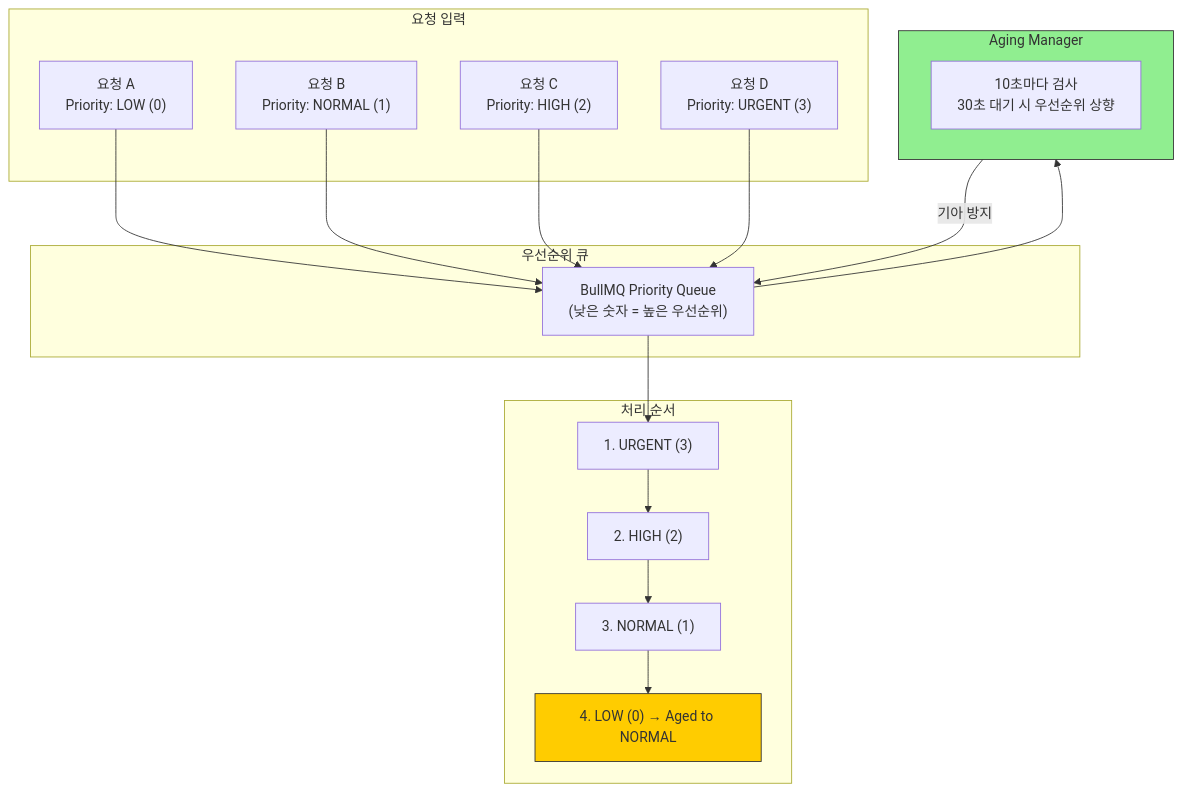
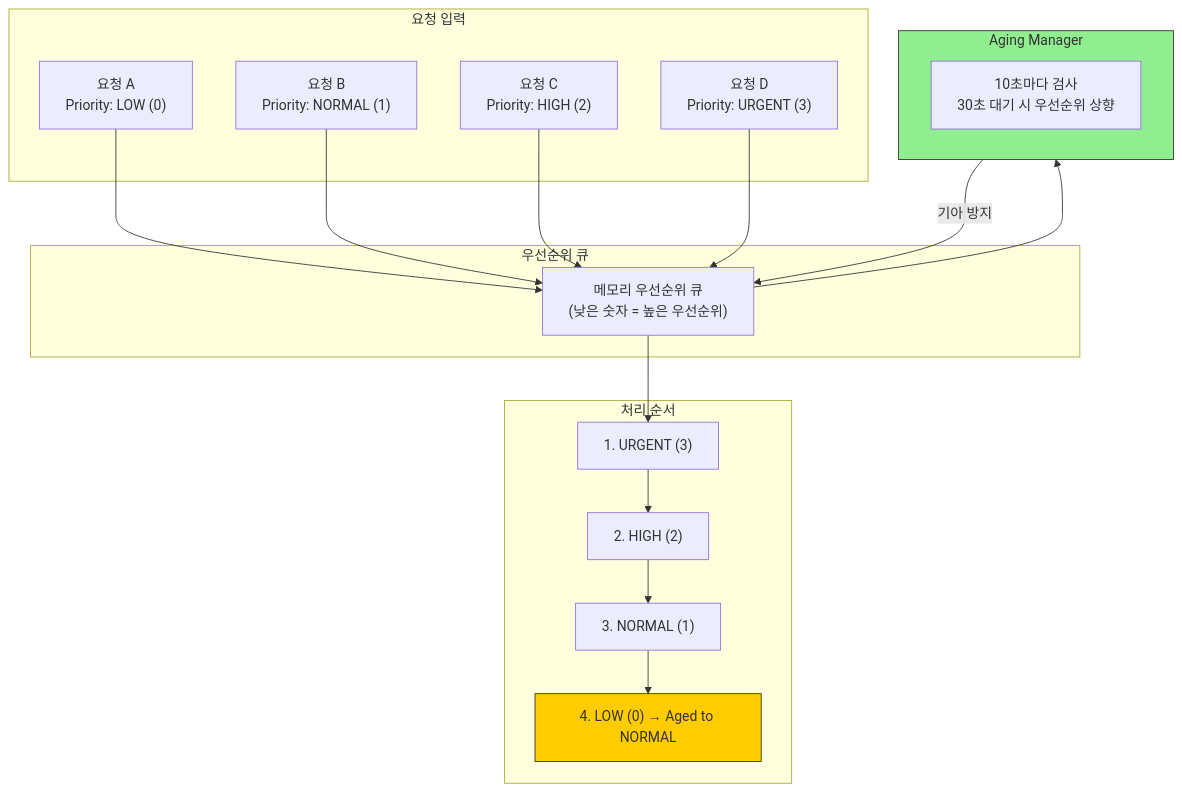
The diagram in 03-report/learning-materials/diagrams/priority-aging.mmd (seominji-dev/graduation-project), drawn with Mermaid before and after one commit. The commit also changed 22 other files, not shown here.

```diff
--- a/03-report/learning-materials/diagrams/priority-aging.mmd
+++ b/03-report/learning-materials/diagrams/priority-aging.mmd
@@ -1,33 +1,33 @@
 %% Priority Scheduling with Aging Mechanism
 %% Mermaid flowchart diagram
 
 flowchart TD
     subgraph Input["요청 입력"]
         R1["요청 A<br/>Priority: LOW (0)"]
         R2["요청 B<br/>Priority: NORMAL (1)"]
         R3["요청 C<br/>Priority: HIGH (2)"]
         R4["요청 D<br/>Priority: URGENT (3)"]
     end
 
     subgraph PriorityQueue["우선순위 큐"]
-        Q["BullMQ Priority Queue<br/>(낮은 숫자 = 높은 우선순위)"]
+        Q["메모리 우선순위 큐<br/>(낮은 숫자 = 높은 우선순위)"]
     end
 
     subgraph Aging["Aging Manager"]
         AM["10초마다 검사<br/>30초 대기 시 우선순위 상향"]
     end
 
     subgraph Processing["처리 순서"]
         P1["1. URGENT (3)"]
         P2["2. HIGH (2)"]
         P3["3. NORMAL (1)"]
         P4["4. LOW (0) → Aged to NORMAL"]
     end
 
     R1 & R2 & R3 & R4 --> Q
     Q --> Aging
     Aging -->|"기아 방지"| Q
     Q --> P1 --> P2 --> P3 --> P4
 
     style P4 fill:#ffcc00,stroke:#333
     style Aging fill:#90EE90,stroke:#333
```
